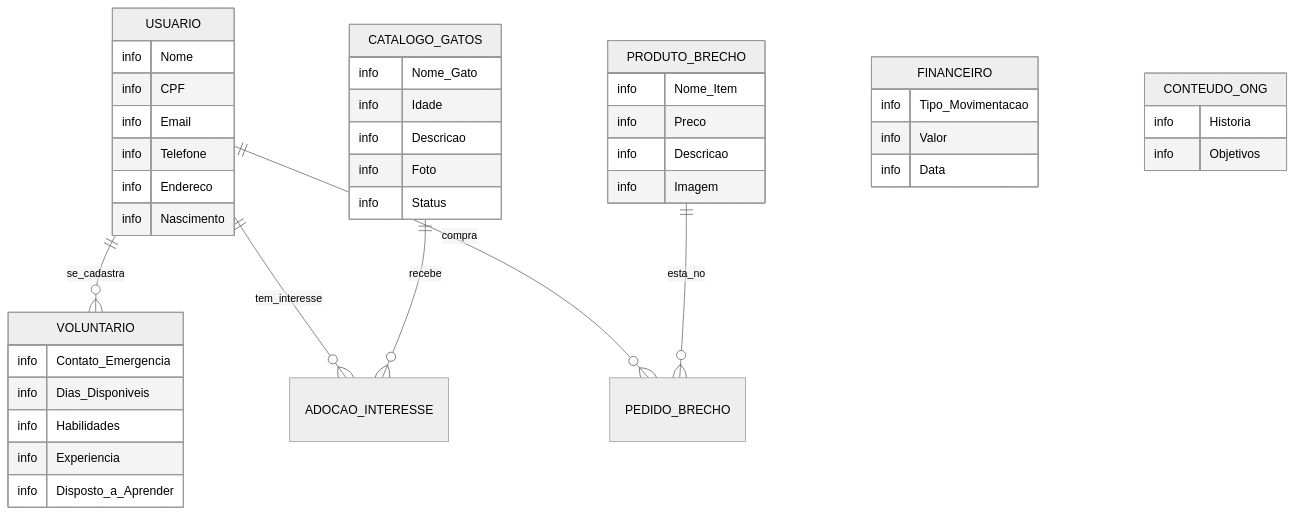
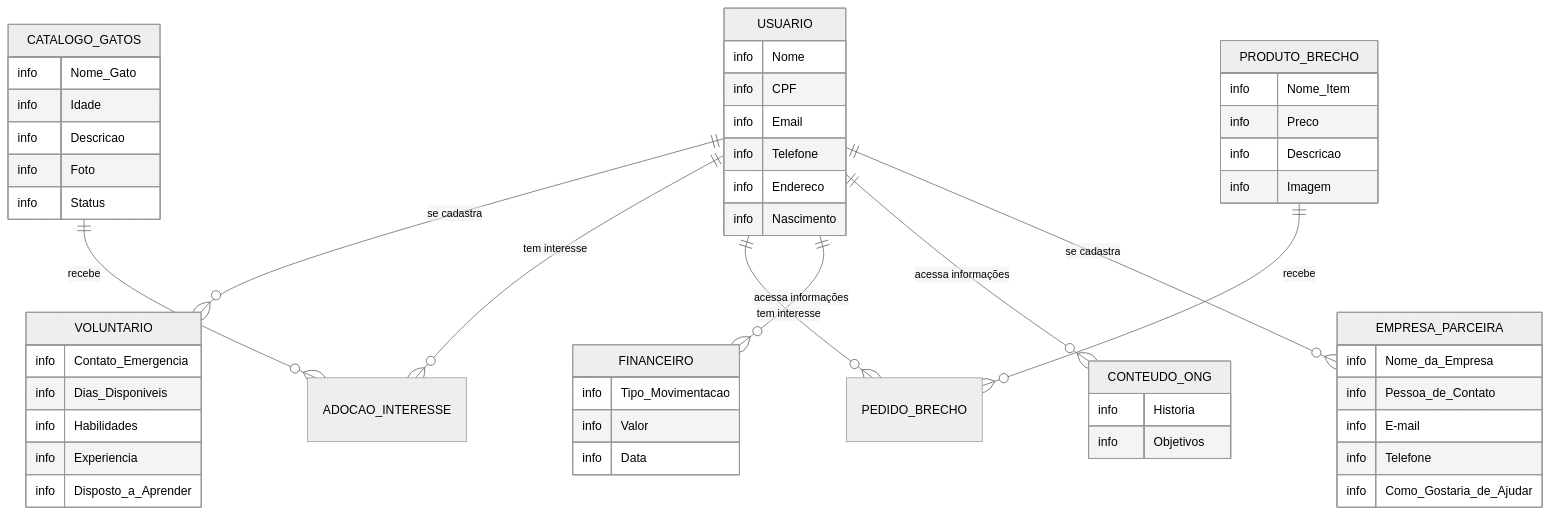
Diagram 11 of 12 in README.md (ligiaoliveira/Casa-dos-Gatos), drawn with Mermaid (neutral theme) before and after one commit. The commit also changed other lines of this file, not shown here.

````diff
--- a/README.md
+++ b/README.md
@@ -457,52 +457,64 @@
 ```mermaid
 erDiagram
-    USUARIO ||--o{ VOLUNTARIO : "se_cadastra"
-    USUARIO ||--o{ ADOCAO_INTERESSE : "tem_interesse"
-    USUARIO ||--o{ PEDIDO_BRECHO : "compra"
+    USUARIO ||--o{ VOLUNTARIO : "se cadastra"
+    USUARIO ||--o{ ADOCAO_INTERESSE : "tem interesse"
+    USUARIO ||--o{ PEDIDO_BRECHO : "tem interesse"
+    USUARIO ||--o{ FINANCEIRO : "acessa informações"
+    USUARIO ||--o{ CONTEUDO_ONG : "acessa informações"
+    USUARIO ||--o{ EMPRESA_PARCEIRA : "se cadastra"
     
     CATALOGO_GATOS ||--o{ ADOCAO_INTERESSE : "recebe"
-    PRODUTO_BRECHO ||--o{ PEDIDO_BRECHO : "esta_no"
+    PRODUTO_BRECHO ||--o{ PEDIDO_BRECHO : "recebe"
 
     USUARIO {
         info Nome
         info CPF
         info Email
         info Telefone
         info Endereco
         info Nascimento
     }
 
     VOLUNTARIO {
         info Contato_Emergencia
         info Dias_Disponiveis
         info Habilidades
         info Experiencia
         info Disposto_a_Aprender
     }
 
     CATALOGO_GATOS {
         info Nome_Gato
         info Idade
         info Descricao
         info Foto
         info Status
     }
 
     PRODUTO_BRECHO {
         info Nome_Item
         info Preco
         info Descricao
         info Imagem
     }
 
     FINANCEIRO {
         info Tipo_Movimentacao
         info Valor
         info Data
     }
 
     CONTEUDO_ONG {
         info Historia
         info Objetivos
     }
+    
+    EMPRESA_PARCEIRA {
+        info Nome_da_Empresa
+        info Pessoa_de_Contato
+        info E-mail
+        info Telefone
+        info Como_Gostaria_de_Ajudar
+    }
+
 ```
````
